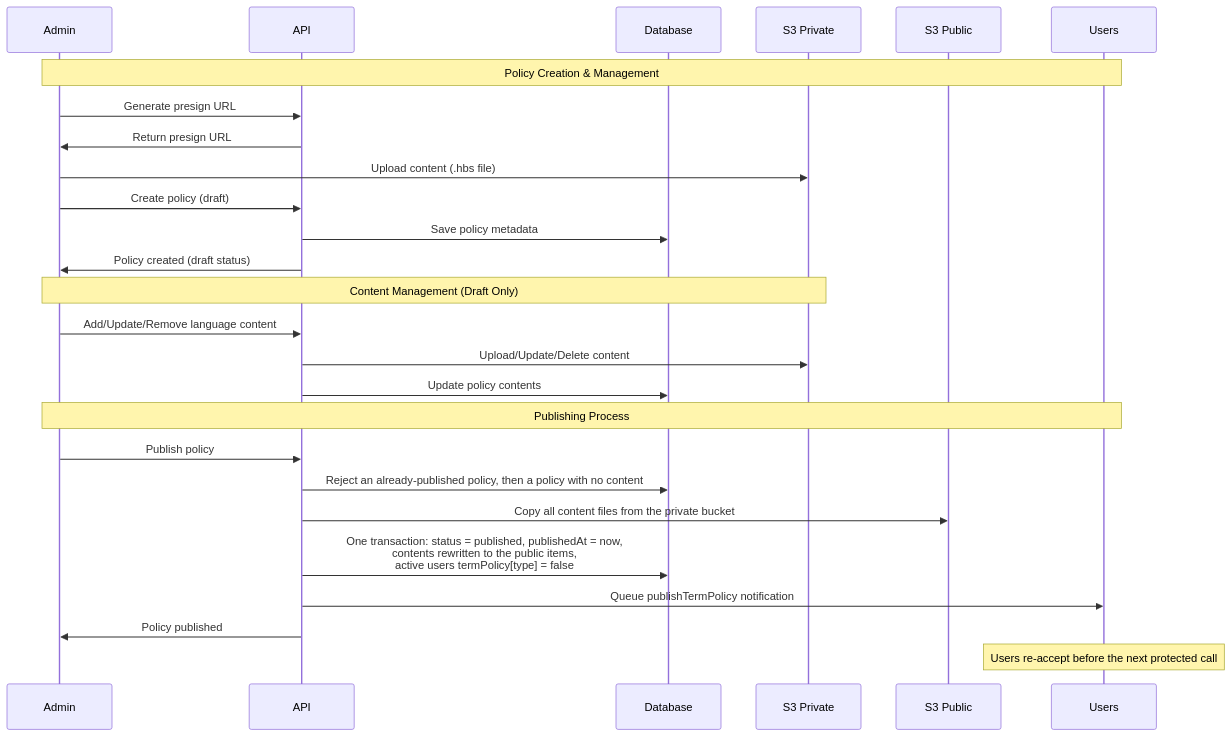
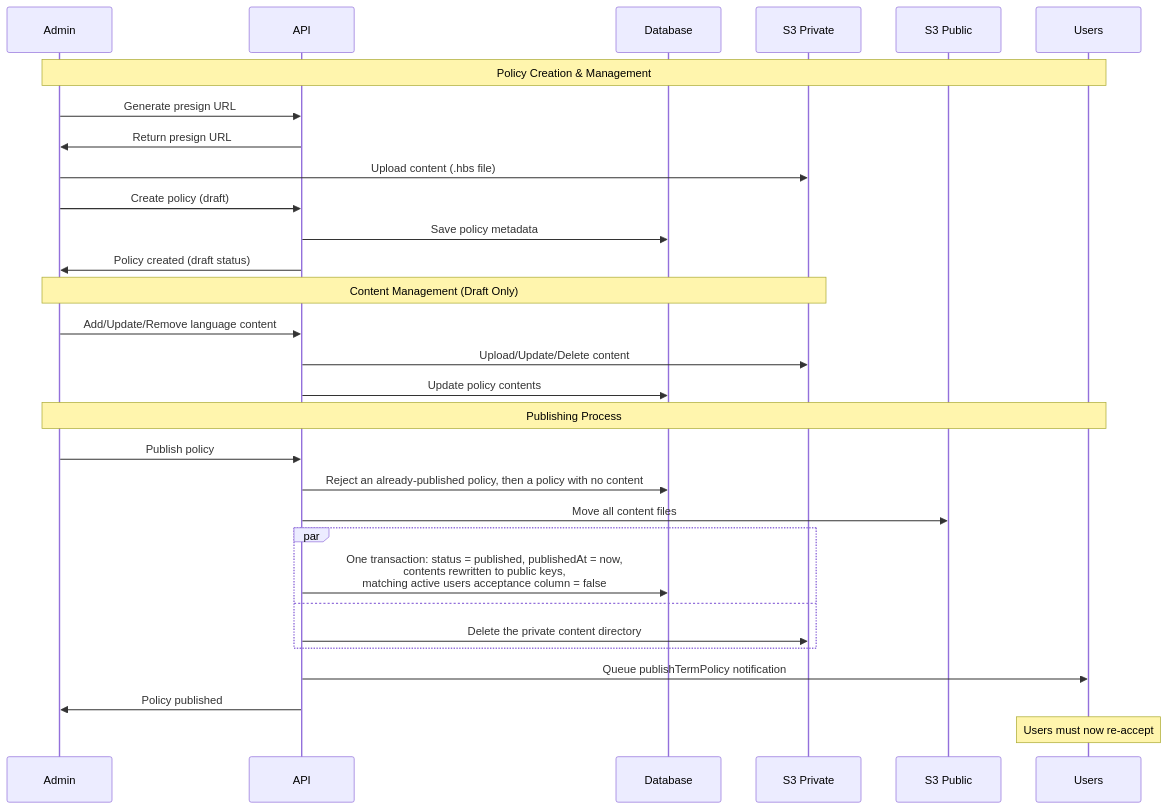
The first of 3 diagrams in docs/term-policy.md (andrechristikan/ack-nestjs-boilerplate), drawn with Mermaid before and after one commit. The commit also changed other lines of this file and 1480 other files, not shown here.

````diff
--- a/docs/term-policy.md
+++ b/docs/term-policy.md
@@ -89,36 +87,40 @@
 ```mermaid
 sequenceDiagram
     participant Admin
     participant API
     participant Database
     participant S3 Private
     participant S3 Public
     participant Users
 
     Note over Admin,Users: Policy Creation & Management
     
     Admin->>API: Generate presign URL
     API->>Admin: Return presign URL
     Admin->>S3 Private: Upload content (.hbs file)
     
     Admin->>API: Create policy (draft)
     API->>Database: Save policy metadata
     API->>Admin: Policy created (draft status)
     
     Note over Admin,S3 Private: Content Management (Draft Only)
     
     Admin->>API: Add/Update/Remove language content
     API->>S3 Private: Upload/Update/Delete content
     API->>Database: Update policy contents
     
     Note over Admin,Users: Publishing Process
     
     Admin->>API: Publish policy
     API->>Database: Reject an already-published policy, then a policy with no content
-    API->>S3 Public: Copy all content files from the private bucket
-    API->>Database: One transaction: status = published, publishedAt = now,<br/>contents rewritten to the public items,<br/>active users termPolicy[type] = false
+    API->>S3 Public: Move all content files
+    par
+        API->>Database: One transaction: status = published, publishedAt = now,<br/>contents rewritten to public keys,<br/>matching active users acceptance column = false
+    and
+        API->>S3 Private: Delete the private content directory
+    end
     API->>Users: Queue publishTermPolicy notification
     API->>Admin: Policy published
     
-    Note over Users: Users re-accept before the next protected call
+    Note over Users: Users must now re-accept
 ```
````
